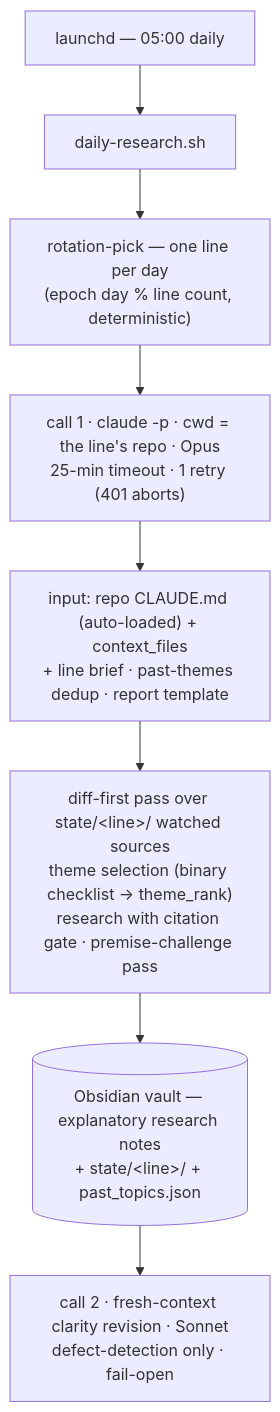
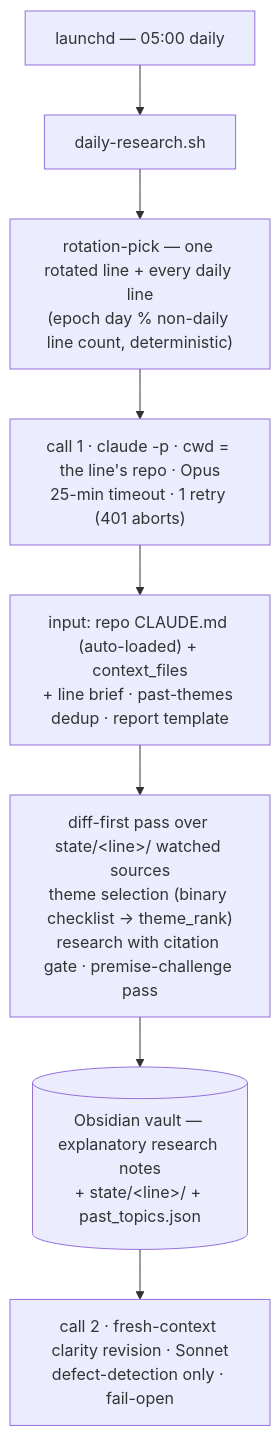
The diagram in README.md (shimo4228/daily-research), drawn with Mermaid before and after one commit. The commit also changed other lines of this file and 14 other files, not shown here.

First line of the commit message:
feat: daily line 機構 - desire を輪番と並行して毎日実行 (ADR-0011)

````diff
--- a/README.md
+++ b/README.md
@@ -15,10 +15,10 @@
 ```mermaid
 flowchart TD
     cron["launchd — 05:00 daily"] --> orch["daily-research.sh"]
-    orch --> pick["rotation-pick — one line per day<br/>(epoch day % line count, deterministic)"]
+    orch --> pick["rotation-pick — one rotated line + every daily line<br/>(epoch day % non-daily line count, deterministic)"]
     pick --> loop["call 1 · claude -p · cwd = the line's repo · Opus<br/>25-min timeout · 1 retry (401 aborts)"]
     loop --> ctx["input: repo CLAUDE.md (auto-loaded) + context_files<br/>+ line brief · past-themes dedup · report template"]
     ctx --> run["diff-first pass over state/&lt;line&gt;/ watched sources<br/>theme selection (binary checklist → theme_rank)<br/>research with citation gate · premise-challenge pass"]
     run --> out[("Obsidian vault — explanatory research notes<br/>+ state/&lt;line&gt;/ + past_topics.json")]
     out --> clarity["call 2 · fresh-context clarity revision · Sonnet<br/>defect-detection only · fail-open"]
 ```
````
